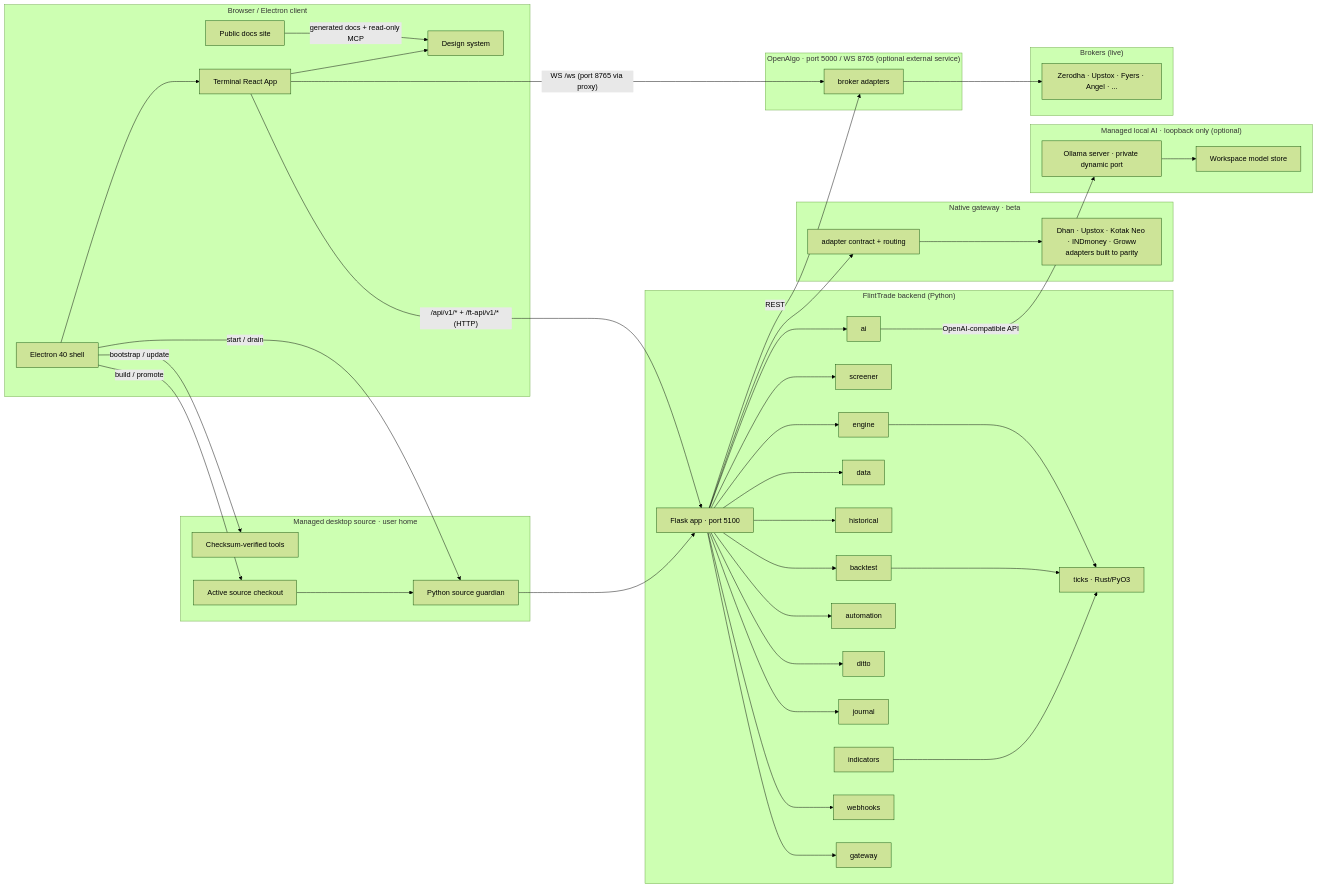
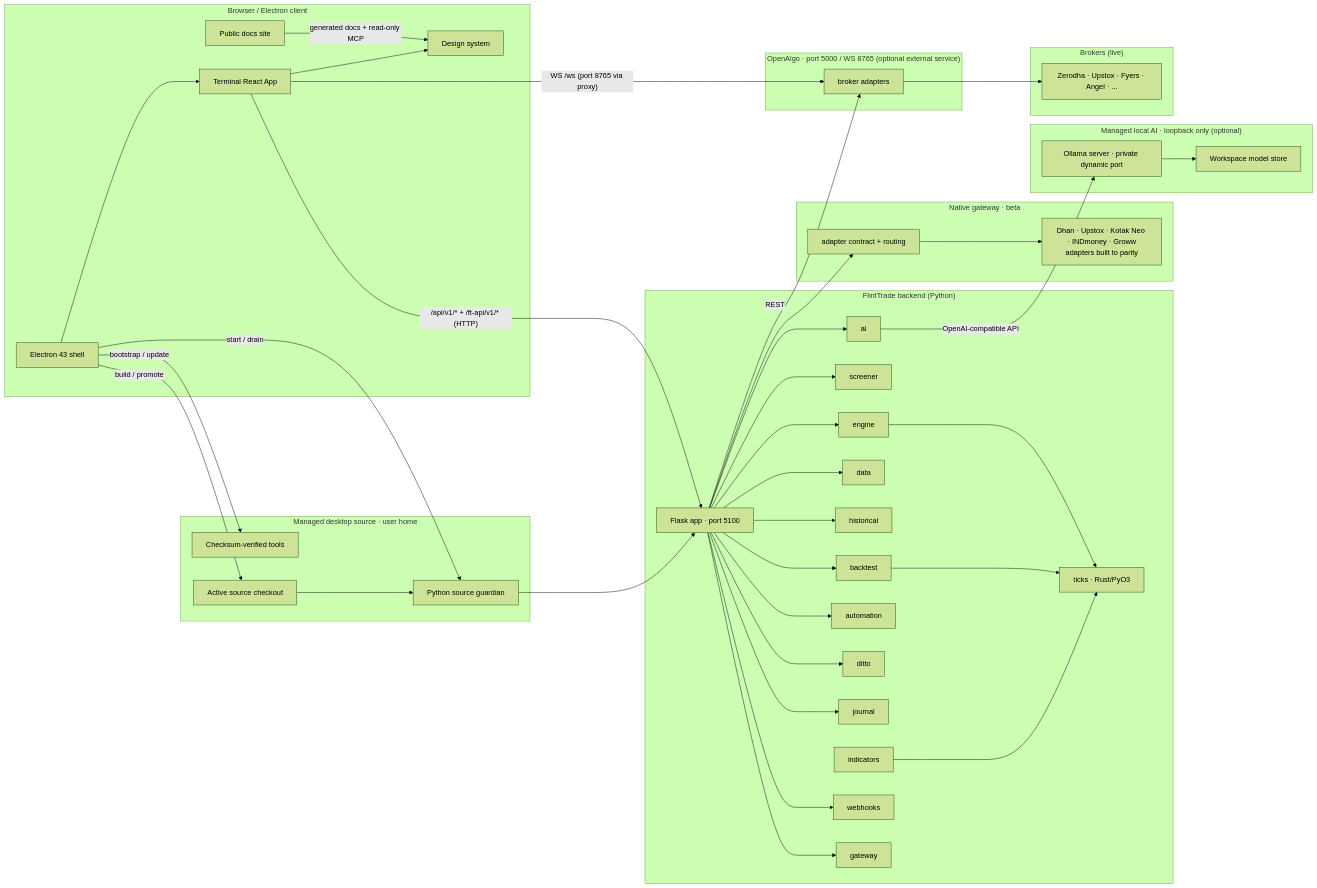
Before and after one commit to navaneeshnagarajan/FlintTrade: the first of 5 diagrams in docs/ARCHITECTURE.md, drawn with Mermaid (forest theme). The commit also changed 42 other files, not shown here.

````diff
--- a/docs/ARCHITECTURE.md
+++ b/docs/ARCHITECTURE.md
@@ -17,81 +17,81 @@
 ```mermaid
 flowchart LR
     subgraph Clients["Browser / Electron client"]
         T[Terminal React App]
-        DESKTOP[Electron 40 shell]
+        DESKTOP[Electron 43 shell]
         SITE[Public docs site]
         DS[Design system]
         DESKTOP --> T
     end
 
     subgraph ManagedDesktop["Managed desktop source · user home"]
         TOOLS[Checksum-verified tools]
         SOURCE[Active source checkout]
         GUARDIAN[Python source guardian]
         DESKTOP -- "bootstrap / update" --> TOOLS
         DESKTOP -- "build / promote" --> SOURCE
         DESKTOP -- "start / drain" --> GUARDIAN
         SOURCE --> GUARDIAN
     end
 
     subgraph Backend["FlintTrade backend (Python)"]
         F[Flask app · port 5100]
         E[engine]
         S[screener]
         AI[ai]
         D[data]
         H[historical]
         BT[backtest]
         AUT[automation]
         DIT[ditto]
         JNL[journal]
         IND[indicators]
         ING[webhooks]
         GW[gateway]
         TICK[ticks · Rust/PyO3]
     end
 
     subgraph NativeGateway["Native gateway · beta"]
         NGA[adapter contract + routing]
         DHAN[Dhan · Upstox · Kotak Neo · INDmoney · Groww<br/>adapters built to parity]
     end
 
     subgraph OpenAlgo["OpenAlgo · port 5000 / WS 8765 (optional external service)"]
         OA[broker adapters]
     end
 
     subgraph LocalAI["Managed local AI · loopback only (optional)"]
         OLL[Ollama server · private dynamic port]
         MODELS[Workspace model store]
         OLL --> MODELS
     end
 
     subgraph Brokers["Brokers (live)"]
         B1[Zerodha · Upstox · Fyers · Angel · ...]
     end
 
     T -- "/api/v1/* + /ft-api/v1/* (HTTP)" --> F
     GUARDIAN --> F
     T -- "WS /ws (port 8765 via proxy)" --> OA
     SITE -- "generated docs + read-only MCP" --> DS
     T --> DS
     F --> E
     F --> S
     F --> AI
     AI -- "OpenAI-compatible API" --> OLL
     F --> D
     F --> H
     F --> BT
     F --> AUT
     F --> DIT
     F --> JNL
     F --> ING
     F --> GW
     E --> TICK
     BT --> TICK
     IND --> TICK
     F --> NGA
     NGA --> DHAN
     F -- "REST" --> OA
     OA --> B1
 ```
````
